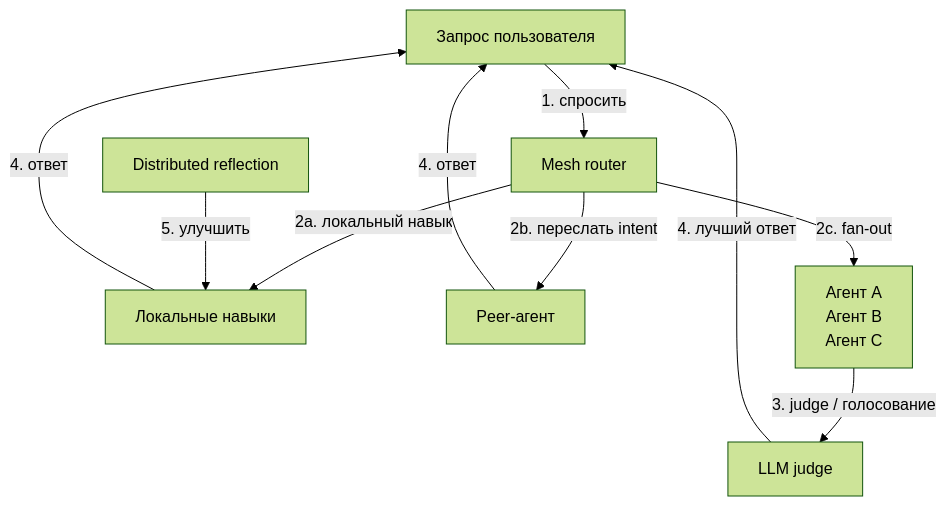
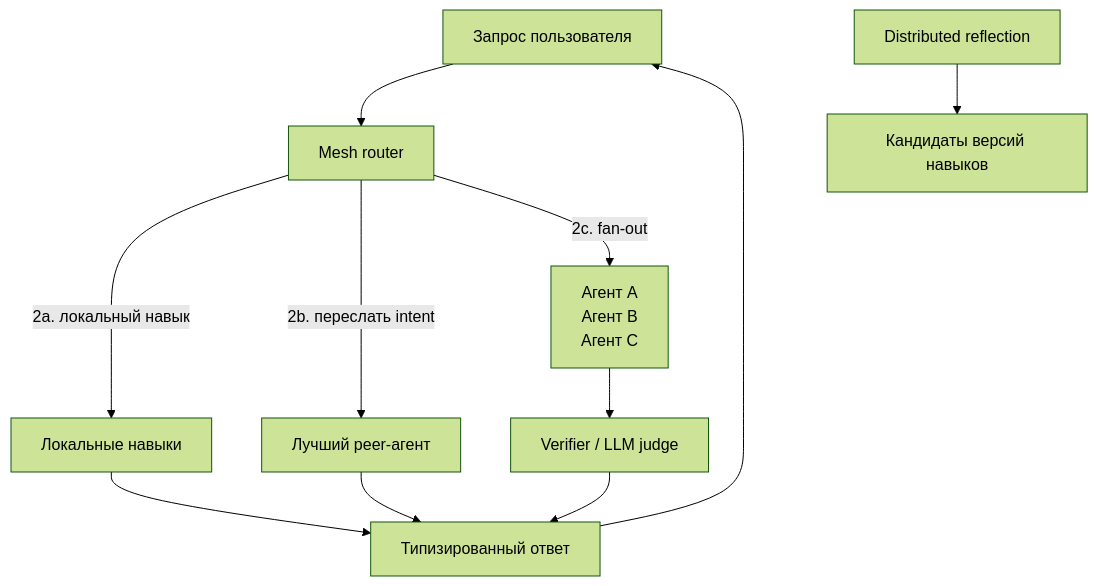
Before and after one commit to techbuzzz/Hercules: the third of 3 diagrams in docs/ROADMAP-RU.md, drawn with Mermaid (forest theme). The commit also changed other lines of this file and 13 other files, not shown here.

Commit message:
Roadmap fixes and tasks

````diff
--- a/docs/ROADMAP-RU.md
+++ b/docs/ROADMAP-RU.md
@@ -94,12 +94,13 @@
 ```mermaid
 flowchart TD
-    User["Запрос пользователя"] -->|1. спросить| Router["Mesh router"]
-    Router -->|2a. локальный навык| Skills["Локальные навыки"]
-    Router -->|2b. переслать intent| Peer["Peer-агент"]
+    User["Запрос пользователя"] --> Router["Mesh router"]
+    Router -->|2a. локальный навык| Local["Локальные навыки"]
+    Router -->|2b. переслать intent| Peer["Лучший peer-агент"]
     Router -->|2c. fan-out| Peers["Агент A\nАгент B\nАгент C"]
-    Peers -->|3. judge / голосование| Judge["LLM judge"]
-    Skills -->|4. ответ| User
-    Peer -->|4. ответ| User
-    Judge -->|4. лучший ответ| User
-    Reflection["Distributed reflection"] -->|5. улучшить| Skills
+    Peers --> Judge["Verifier / LLM judge"]
+    Local --> Response["Типизированный ответ"]
+    Peer --> Response
+    Judge --> Response
+    Response --> User
+    Eval["Distributed reflection"] --> Skills["Кандидаты версий навыков"]
 ```
````
